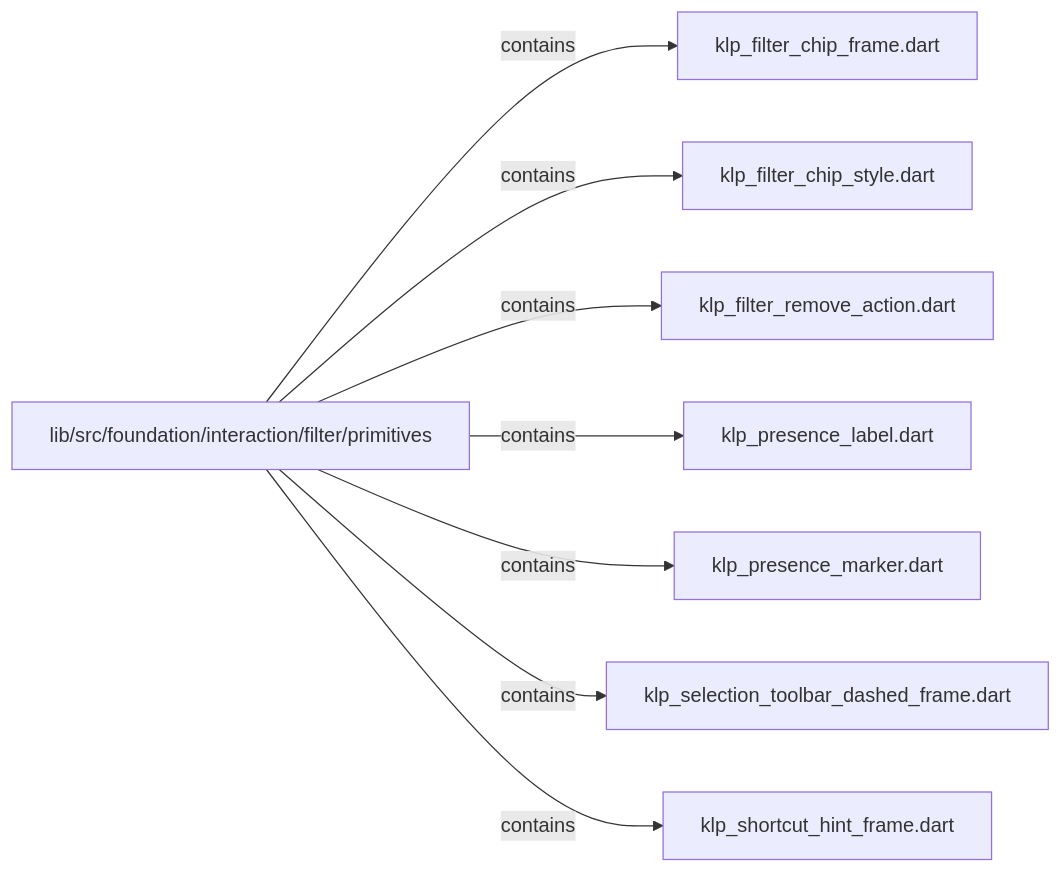
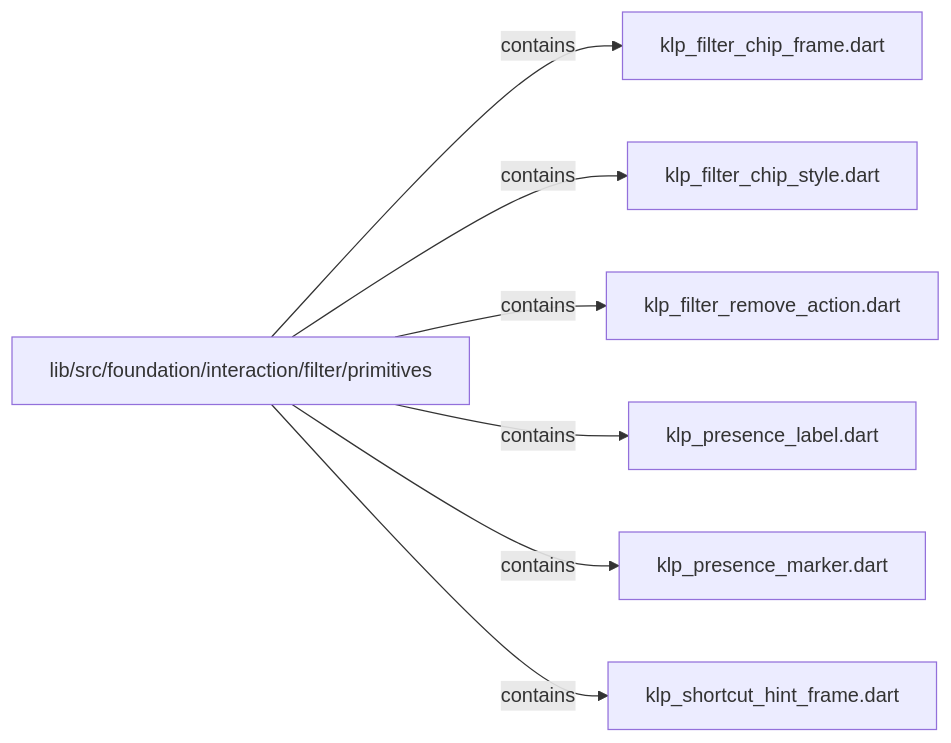
Before and after one commit to MiuDog/Kallopis: the second of 2 diagrams in docs/architecture/src/foundation/interaction/filter/primitives/README.md, drawn with Mermaid. The commit also changed other lines of this file and 9688 other files, not shown here.

Commit message:
Prepare isolated Flow F2 peer baseline

````diff
--- a/docs/architecture/src/foundation/interaction/filter/primitives/README.md
+++ b/docs/architecture/src/foundation/interaction/filter/primitives/README.md
@@ -26,18 +26,16 @@
 ```mermaid
 flowchart LR
 	n0["lib/src/foundation/interaction/filter/primitives"]
 	n1["klp_filter_chip_frame.dart"]
 	n2["klp_filter_chip_style.dart"]
 	n3["klp_filter_remove_action.dart"]
 	n4["klp_presence_label.dart"]
 	n5["klp_presence_marker.dart"]
-	n6["klp_selection_toolbar_dashed_frame.dart"]
-	n7["klp_shortcut_hint_frame.dart"]
+	n6["klp_shortcut_hint_frame.dart"]
 	n0 -->|"contains"| n1
 	n0 -->|"contains"| n2
 	n0 -->|"contains"| n3
 	n0 -->|"contains"| n4
 	n0 -->|"contains"| n5
 	n0 -->|"contains"| n6
-	n0 -->|"contains"| n7
 ```
````
